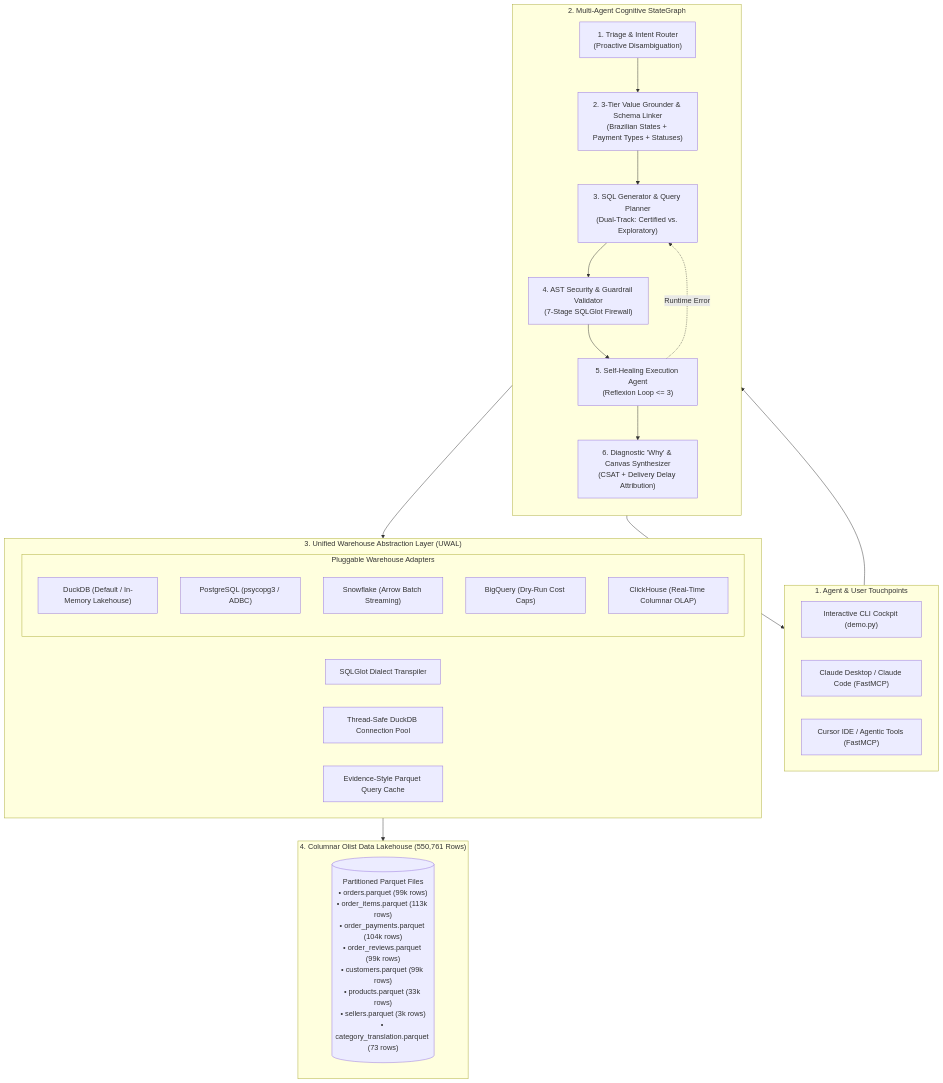
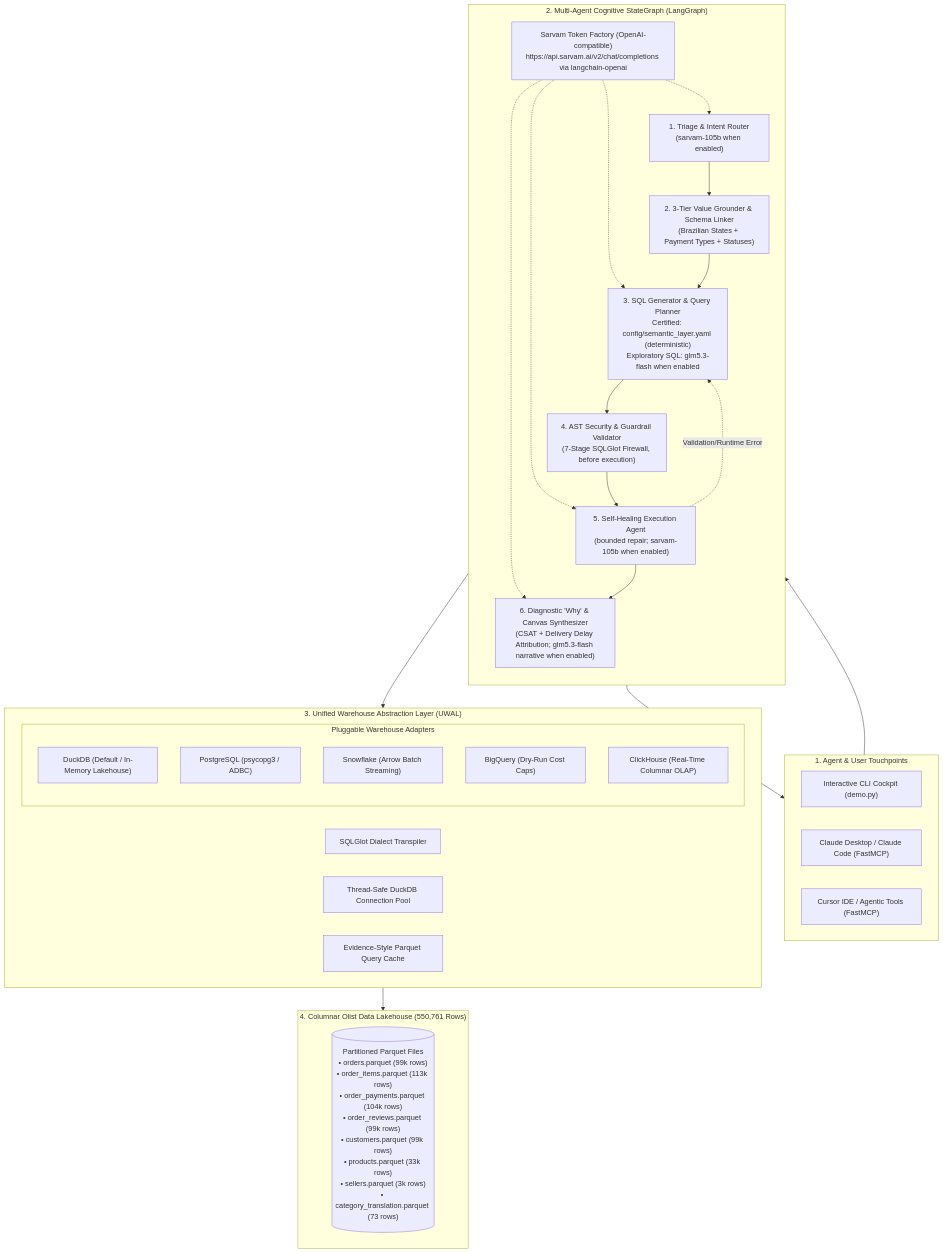
One commit to anujhsrsaini/agentic-bi-warehouse changed the diagram in README.md. Above: the diagram before and after it, drawn with Mermaid. The commit also changed other lines of this file and 22 other files, not shown here.

First line of the commit message:
feat: add LangGraph/Sarvam orchestration and portfolio docs

````diff
--- a/README.md
+++ b/README.md
@@ -80,45 +84,50 @@
 ```mermaid
 flowchart TD
     subgraph Clients["1. Agent & User Touchpoints"]
         CLI["Interactive CLI Cockpit (demo.py)"]
         ClaudeDesktop["Claude Desktop / Claude Code (FastMCP)"]
         CursorIDE["Cursor IDE / Agentic Tools (FastMCP)"]
     end
 
-    subgraph AgenticBrain["2. Multi-Agent Cognitive StateGraph"]
+    subgraph AgenticBrain["2. Multi-Agent Cognitive StateGraph (LangGraph)"]
         direction TB
-        A1["1. Triage & Intent Router<br>(Proactive Disambiguation)"]
+        Sarvam["Sarvam Token Factory (OpenAI-compatible)<br>https://api.sarvam.ai/v2/chat/completions via langchain-openai"]
+        A1["1. Triage & Intent Router<br>(sarvam-105b when enabled)"]
         A2["2. 3-Tier Value Grounder & Schema Linker<br>(Brazilian States + Payment Types + Statuses)"]
-        A3["3. SQL Generator & Query Planner<br>(Dual-Track: Certified vs. Exploratory)"]
-        A4["4. AST Security & Guardrail Validator<br>(7-Stage SQLGlot Firewall)"]
-        A5["5. Self-Healing Execution Agent<br>(Reflexion Loop <= 3)"]
-        A6["6. Diagnostic 'Why' & Canvas Synthesizer<br>(CSAT + Delivery Delay Attribution)"]
+        A3["3. SQL Generator & Query Planner<br>Certified: config/semantic_layer.yaml (deterministic)<br>Exploratory SQL: glm5.3-flash when enabled"]
+        A4["4. AST Security & Guardrail Validator<br>(7-Stage SQLGlot Firewall, before execution)"]
+        A5["5. Self-Healing Execution Agent<br>(bounded repair; sarvam-105b when enabled)"]
+        A6["6. Diagnostic 'Why' & Canvas Synthesizer<br>(CSAT + Delivery Delay Attribution; glm5.3-flash narrative when enabled)"]
 
+        Sarvam -.-> A1
+        Sarvam -.-> A3
+        Sarvam -.-> A5
+        Sarvam -.-> A6
         A1 --> A2 --> A3 --> A4 --> A5
-        A5 -.->|Runtime Error| A3
+        A5 -.->|Validation/Runtime Error| A3
         A5 --> A6
     end
 
     subgraph UWAL["3. Unified Warehouse Abstraction Layer (UWAL)"]
         Transpiler["SQLGlot Dialect Transpiler"]
         DuckDBPool["Thread-Safe DuckDB Connection Pool"]
         ParquetCache["Evidence-Style Parquet Query Cache"]
 
         subgraph Adapters["Pluggable Warehouse Adapters"]
             DuckDBAdapter["DuckDB (Default / In-Memory Lakehouse)"]
             PGAdapter["PostgreSQL (psycopg3 / ADBC)"]
             SnowflakeAdapter["Snowflake (Arrow Batch Streaming)"]
             BQAdapter["BigQuery (Dry-Run Cost Caps)"]
             CHAdapter["ClickHouse (Real-Time Columnar OLAP)"]
         end
     end
 
     subgraph Storage["4. Columnar Olist Data Lakehouse (550,761 Rows)"]
         Data[("Partitioned Parquet Files<br>• orders.parquet (99k rows)<br>• order_items.parquet (113k rows)<br>• order_payments.parquet (104k rows)<br>• order_reviews.parquet (99k rows)<br>• customers.parquet (99k rows)<br>• products.parquet (33k rows)<br>• sellers.parquet (3k rows)<br>• category_translation.parquet (73 rows)")]
     end
 
     Clients --> AgenticBrain
     A5 --> UWAL
     UWAL --> Storage
     A6 --> Clients
 ```
````
